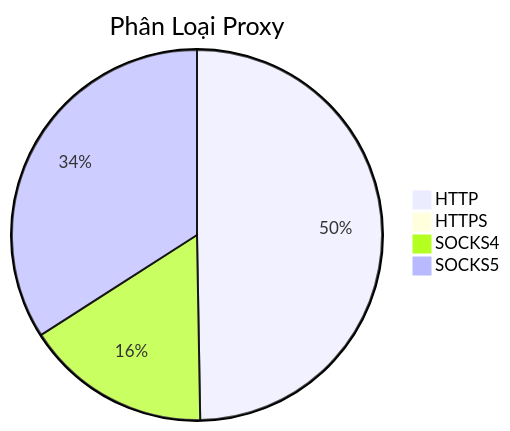
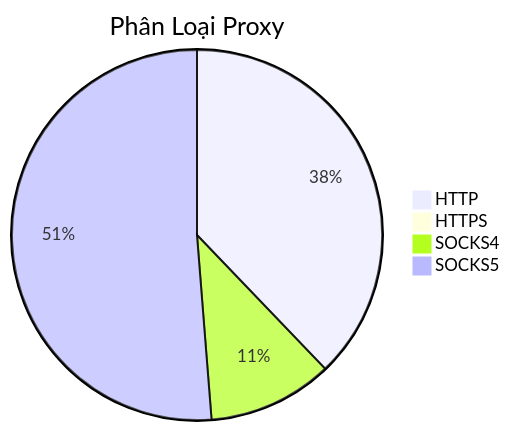
One commit to Ciara-Aa/PROXY-free changed the diagram in README.md. Above: the diagram before and after it, drawn with Mermaid. The commit also changed other lines of this file and 4 other files, not shown here.

````diff
--- a/README.md
+++ b/README.md
@@ -26,7 +26,7 @@
 ```mermaid
 pie title Phân Loại Proxy
-    "HTTP" : 359
-    "HTTPS" : 2
-    "SOCKS4" : 117
-    "SOCKS5" : 246
+    "HTTP" : 347
+    "HTTPS" : 3
+    "SOCKS4" : 100
+    "SOCKS5" : 470
 ```
````
